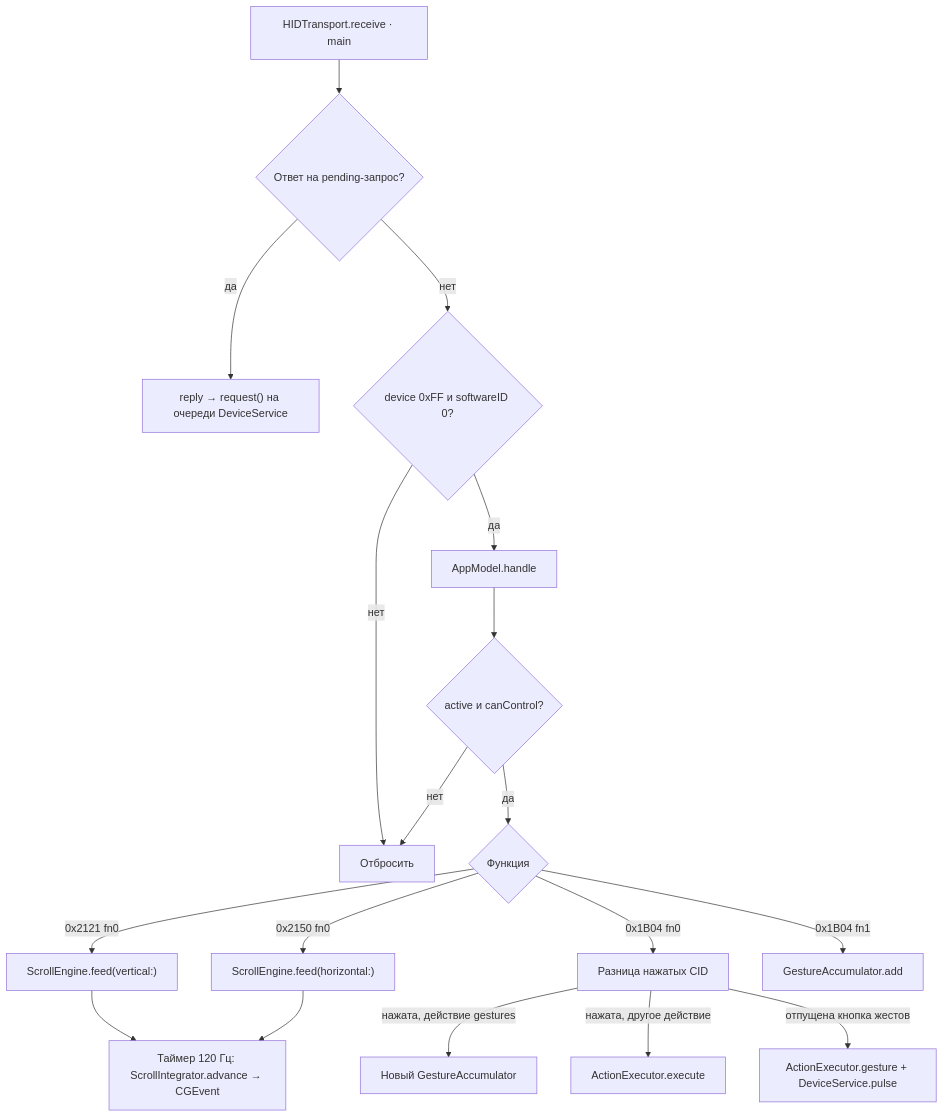
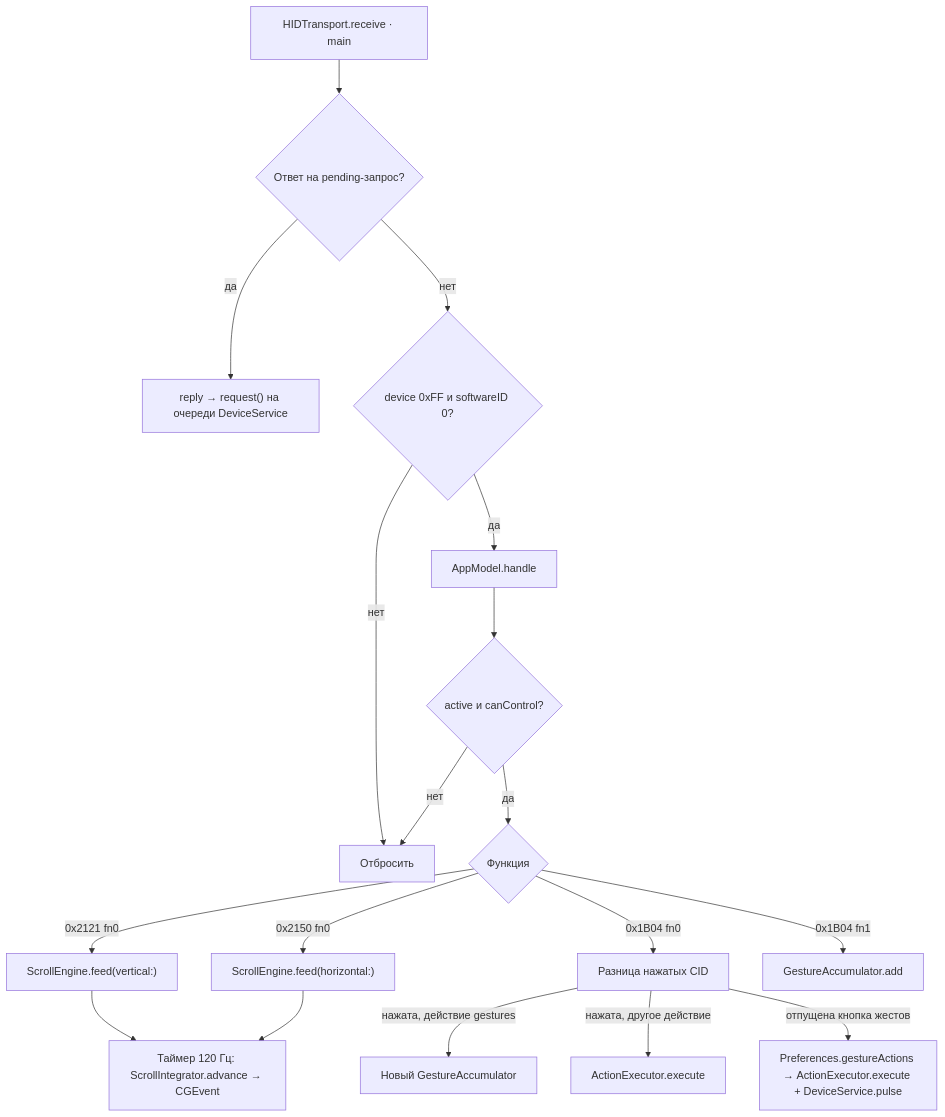
The second of 5 diagrams in docs/specs/architecture.md (Hogonov/LogiMouseControl), drawn with Mermaid before and after one commit. The commit also changed other lines of this file and 20 other files, not shown here.

````diff
--- a/docs/specs/architecture.md
+++ b/docs/specs/architecture.md
@@ -128,20 +128,20 @@
 ```mermaid
 flowchart TD
   R["HIDTransport.receive · main"] --> M{"Ответ на pending-запрос?"}
   M -- да --> Q["reply → request() на очереди DeviceService"]
   M -- нет --> E{"device 0xFF и softwareID 0?"}
   E -- нет --> X["Отбросить"]
   E -- да --> H["AppModel.handle"]
   H --> G{"active и canControl?"}
   G -- нет --> X
   G -- да --> F{"Функция"}
   F -- "0x2121 fn0" --> V["ScrollEngine.feed(vertical:)"]
   F -- "0x2150 fn0" --> HZ["ScrollEngine.feed(horizontal:)"]
   F -- "0x1B04 fn0" --> B["Разница нажатых CID"]
   F -- "0x1B04 fn1" --> XY["GestureAccumulator.add"]
   B -- "нажата, действие gestures" --> GA["Новый GestureAccumulator"]
   B -- "нажата, другое действие" --> AE["ActionExecutor.execute"]
-  B -- "отпущена кнопка жестов" --> GE["ActionExecutor.gesture + DeviceService.pulse"]
+  B -- "отпущена кнопка жестов" --> GE["Preferences.gestureActions → ActionExecutor.execute + DeviceService.pulse"]
   V --> TM["Таймер 120 Гц: ScrollIntegrator.advance → CGEvent"]
   HZ --> TM
 ```
````
